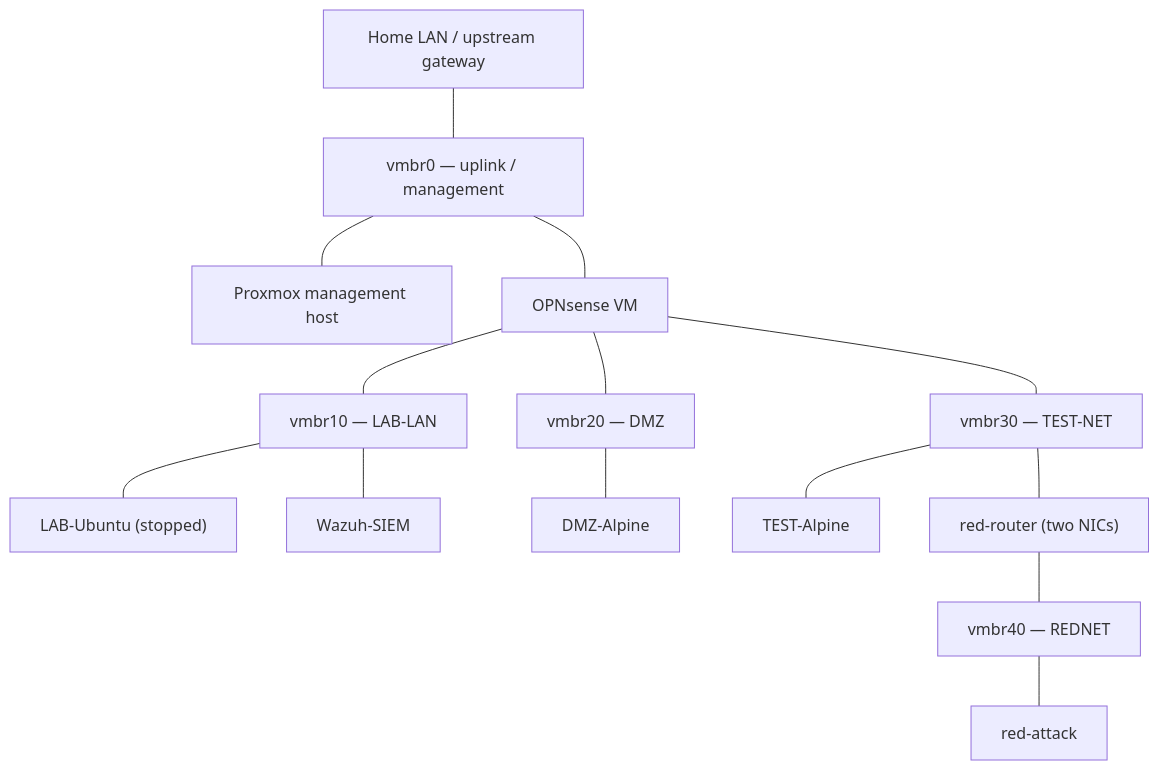
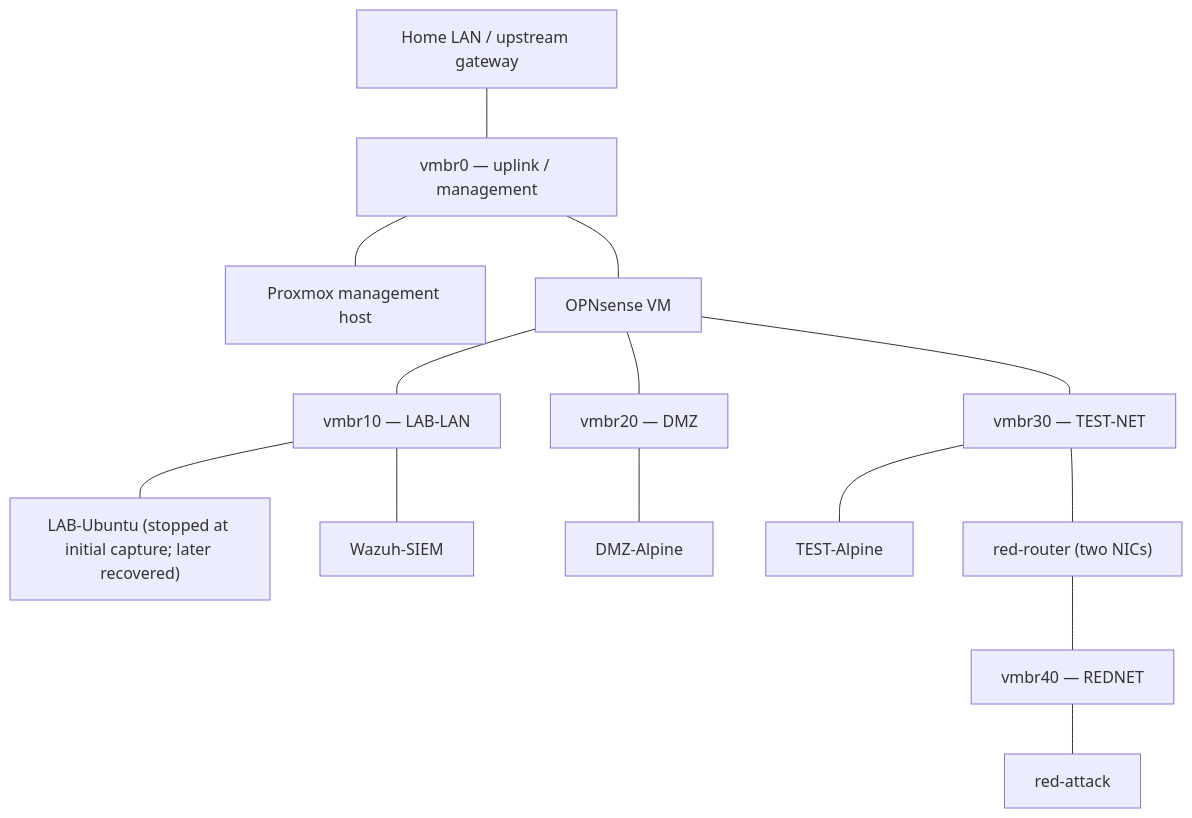
One commit to MassDefector/cybersecurity-leadership-portfolio changed the diagram in 01-security-architecture/README.md. Above: the diagram before and after it, drawn with Mermaid. The commit also changed other lines of this file, not shown here.

Commit message:
Record recovered jump host and link resiliency evidence

````diff
--- a/01-security-architecture/README.md
+++ b/01-security-architecture/README.md
@@ -54,30 +54,30 @@
 ```mermaid
 flowchart TD
     HOME["Home LAN / upstream gateway"]
     PVE["Proxmox management host"]
     BR0["vmbr0 — uplink / management"]
     FW["OPNsense VM"]
     BR10["vmbr10 — LAB-LAN"]
     BR20["vmbr20 — DMZ"]
     BR30["vmbr30 — TEST-NET"]
     BR40["vmbr40 — REDNET"]
-    UB["LAB-Ubuntu (stopped)"]
+    UB["LAB-Ubuntu (stopped at initial capture; later recovered)"]
     WZ["Wazuh-SIEM"]
     DMZ["DMZ-Alpine"]
     TEST["TEST-Alpine"]
     RR["red-router (two NICs)"]
     RED["red-attack"]
     HOME --- BR0
     BR0 --- PVE
     BR0 --- FW
     FW --- BR10
     FW --- BR20
     FW --- BR30
     BR10 --- UB
     BR10 --- WZ
     BR20 --- DMZ
     BR30 --- TEST
     BR30 --- RR
     RR --- BR40
     BR40 --- RED
 ```
````
